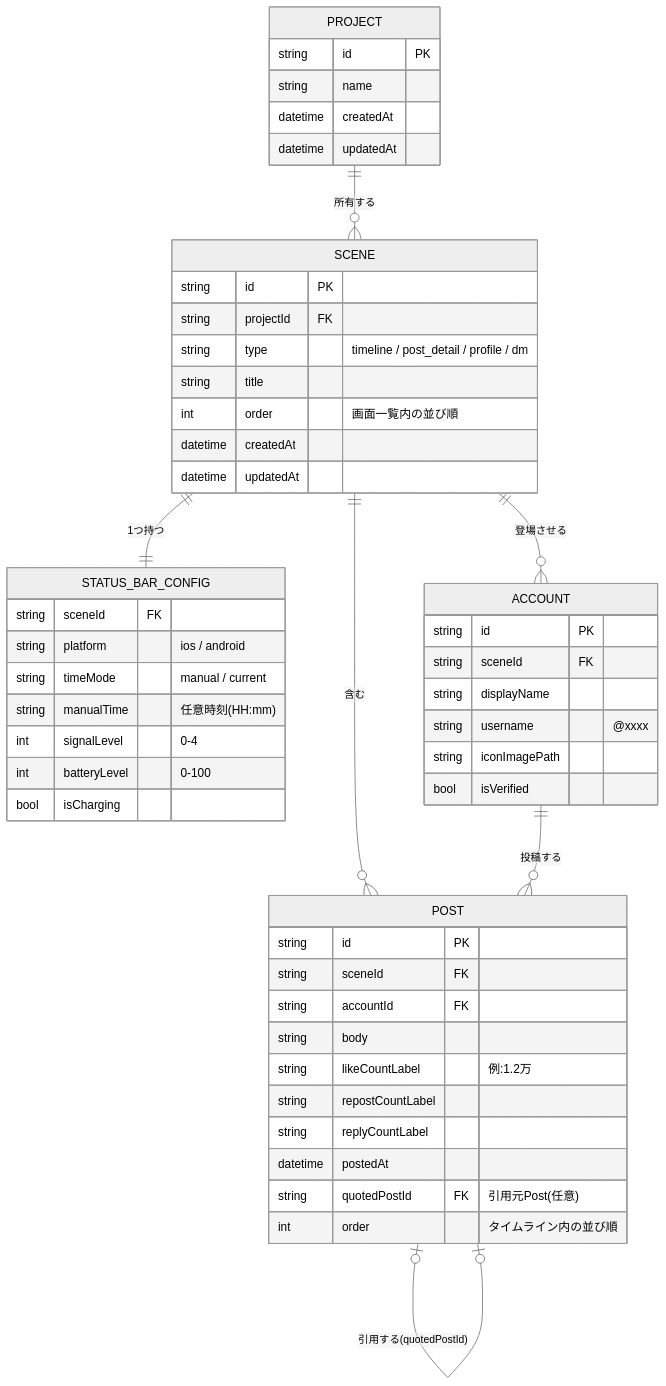
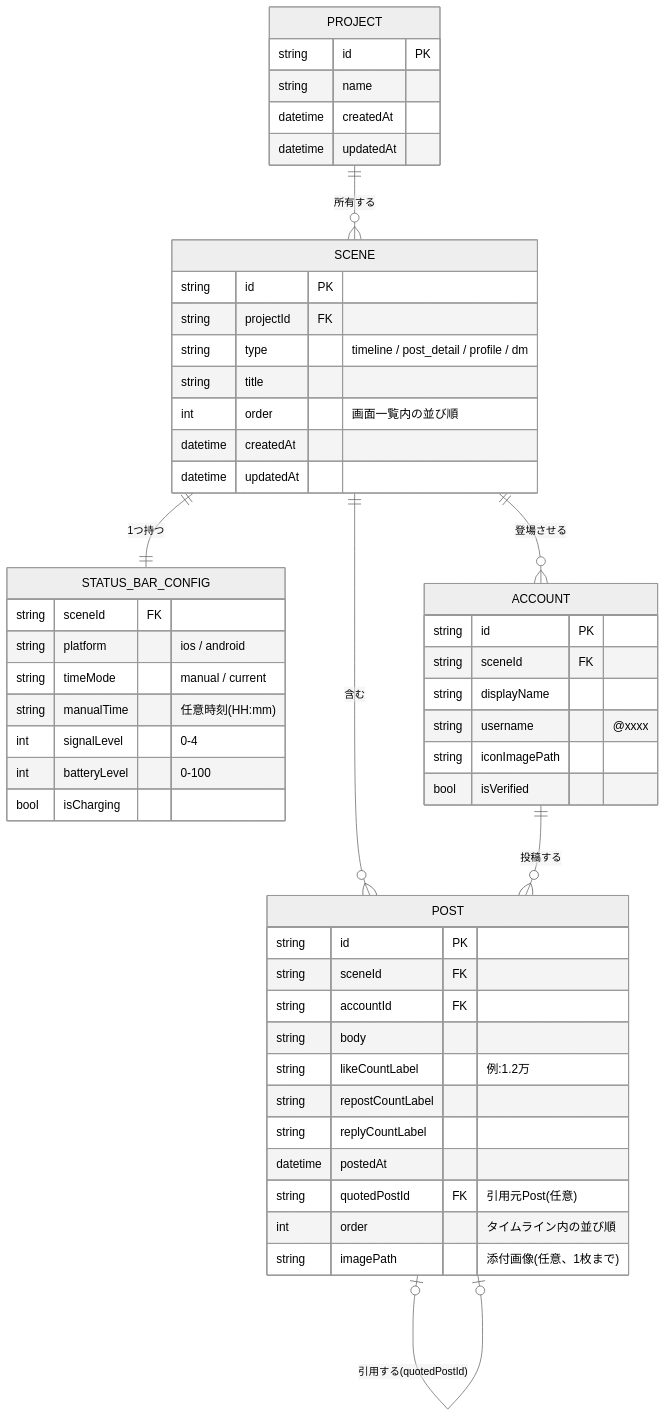
The third of 6 diagrams in docs/functional-design.md (56nework2022/claude-postapp), drawn with Mermaid (neutral theme) before and after one commit. The commit also changed other lines of this file and 9 other files, not shown here.

````diff
--- a/docs/functional-design.md
+++ b/docs/functional-design.md
@@ -98,58 +98,59 @@
 ```mermaid
 erDiagram
     PROJECT ||--o{ SCENE : "所有する"
     SCENE ||--|| STATUS_BAR_CONFIG : "1つ持つ"
     SCENE ||--o{ ACCOUNT : "登場させる"
     SCENE ||--o{ POST : "含む"
     ACCOUNT ||--o{ POST : "投稿する"
     POST |o--o| POST : "引用する(quotedPostId)"
 
     PROJECT {
         string id PK
         string name
         datetime createdAt
         datetime updatedAt
     }
 
     SCENE {
         string id PK
         string projectId FK
         string type "timeline / post_detail / profile / dm"
         string title
         int order "画面一覧内の並び順"
         datetime createdAt
         datetime updatedAt
     }
 
     STATUS_BAR_CONFIG {
         string sceneId FK
         string platform "ios / android"
         string timeMode "manual / current"
         string manualTime "任意時刻(HH:mm)"
         int signalLevel "0-4"
         int batteryLevel "0-100"
         bool isCharging
     }
 
     ACCOUNT {
         string id PK
         string sceneId FK
         string displayName
         string username "@xxxx"
         string iconImagePath
         bool isVerified
     }
 
     POST {
         string id PK
         string sceneId FK
         string accountId FK
         string body
         string likeCountLabel "例:1.2万"
         string repostCountLabel
         string replyCountLabel
         datetime postedAt
         string quotedPostId FK "引用元Post(任意)"
         int order "タイムライン内の並び順"
+        string imagePath "添付画像(任意、1枚まで)"
     }
 ```
````
